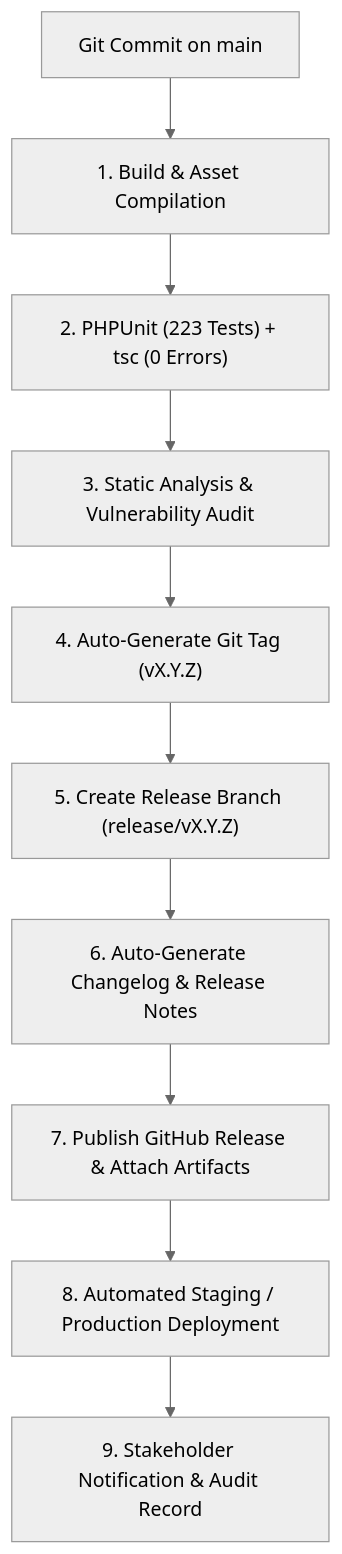
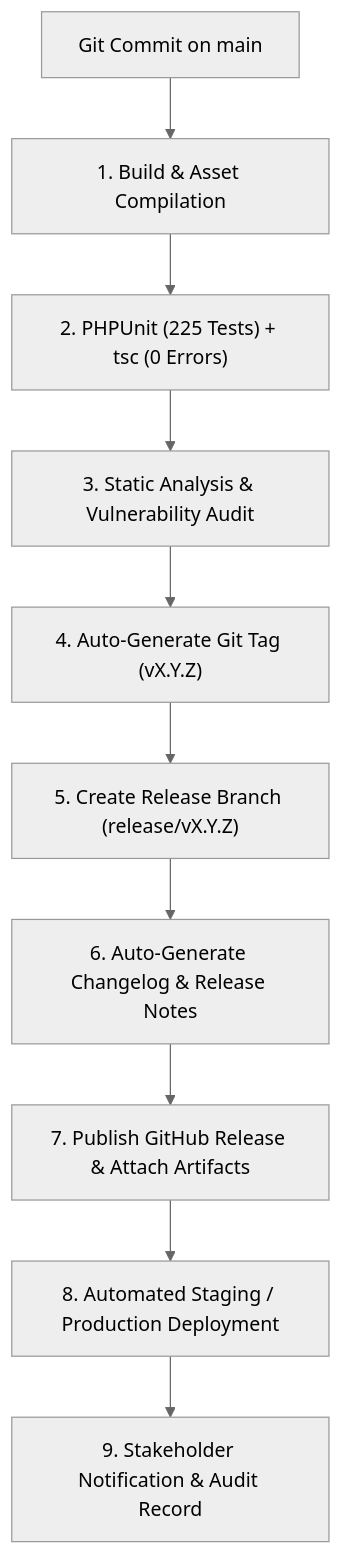
One commit to developer-somnath/sociosphere changed the diagram in docs/ARCHITECTURE_AND_ROADMAP.md. Above: the diagram before and after it, drawn with Mermaid (neutral theme). The commit also changed other lines of this file and 77 other files, not shown here.

````diff
--- a/docs/ARCHITECTURE_AND_ROADMAP.md
+++ b/docs/ARCHITECTURE_AND_ROADMAP.md
@@ -34,12 +34,12 @@
 ```mermaid
 flowchart TD
     Commit["Git Commit on main"] --> CI_Build["1. Build & Asset Compilation"]
-    CI_Build --> CI_Test["2. PHPUnit (223 Tests) + tsc (0 Errors)"]
+    CI_Build --> CI_Test["2. PHPUnit (225 Tests) + tsc (0 Errors)"]
     CI_Test --> CI_Security["3. Static Analysis & Vulnerability Audit"]
     CI_Security --> CI_Tag["4. Auto-Generate Git Tag (vX.Y.Z)"]
     CI_Tag --> CI_Branch["5. Create Release Branch (release/vX.Y.Z)"]
     CI_Branch --> CI_Changelog["6. Auto-Generate Changelog & Release Notes"]
     CI_Changelog --> CI_GitHub["7. Publish GitHub Release & Attach Artifacts"]
     CI_GitHub --> CI_Deploy["8. Automated Staging / Production Deployment"]
     CI_Deploy --> CI_Notify["9. Stakeholder Notification & Audit Record"]
 ```
````
